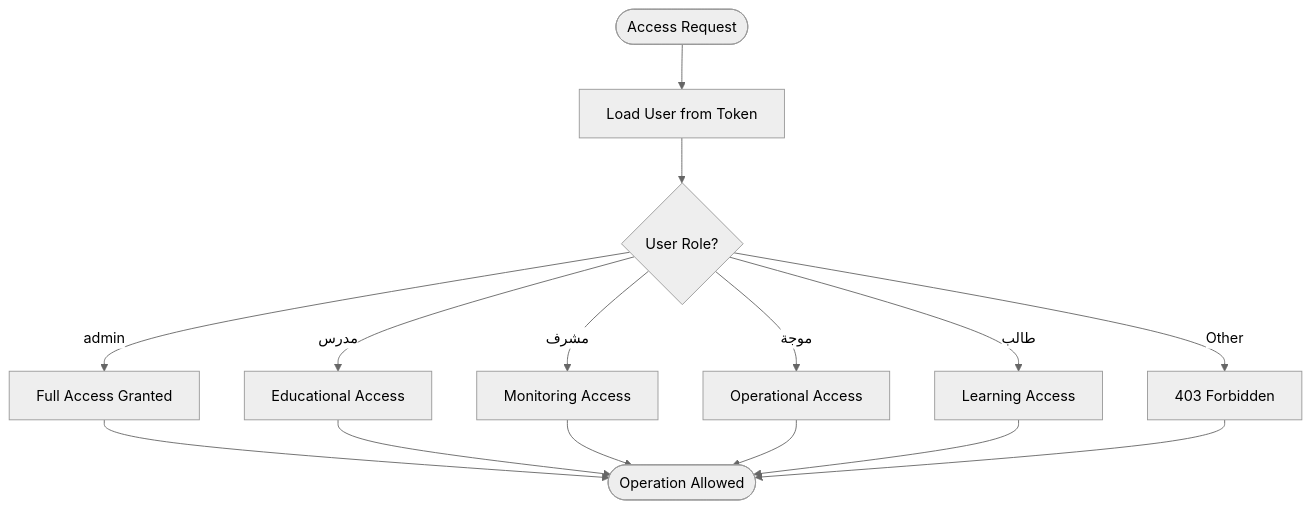
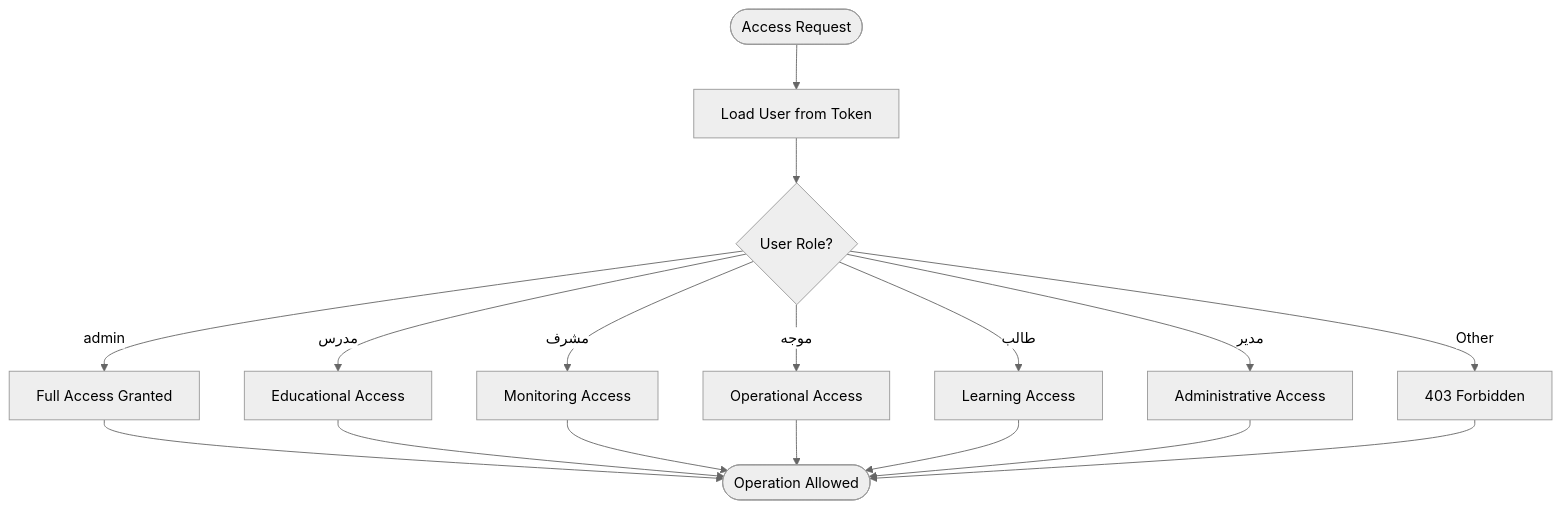
The sixth of 8 diagrams in .qoder/repowiki/en/content/Feature Modules/User Management System.md (Mreng78/khirocom_project), drawn with Mermaid (neutral theme) before and after one commit. The commit also changed other lines of this file and 13 other files, not shown here.

````diff
--- a/.qoder/repowiki/en/content/Feature Modules/User Management System.md
+++ b/.qoder/repowiki/en/content/Feature Modules/User Management System.md
@@ -346,17 +386,19 @@
 ```mermaid
 flowchart TD
 Start(["Access Request"]) --> GetUser["Load User from Token"]
 GetUser --> GetRole{"User Role?"}
 GetRole --> |admin| AdminAccess["Full Access Granted"]
 GetRole --> |مدرس| TeacherAccess["Educational Access"]
 GetRole --> |مشرف| SupervisorAccess["Monitoring Access"]
-GetRole --> |موجة| ManagerAccess["Operational Access"]
+GetRole --> |موجه| DirectorAccess["Operational Access"]
 GetRole --> |طالب| StudentAccess["Learning Access"]
+GetRole --> |مدير| ManagerAccess["Administrative Access"]
 GetRole --> |Other| Deny["403 Forbidden"]
 AdminAccess --> End(["Operation Allowed"])
 TeacherAccess --> End
 SupervisorAccess --> End
+DirectorAccess --> End
+StudentAccess --> End
 ManagerAccess --> End
-StudentAccess --> End
 Deny --> End
 ```
````
